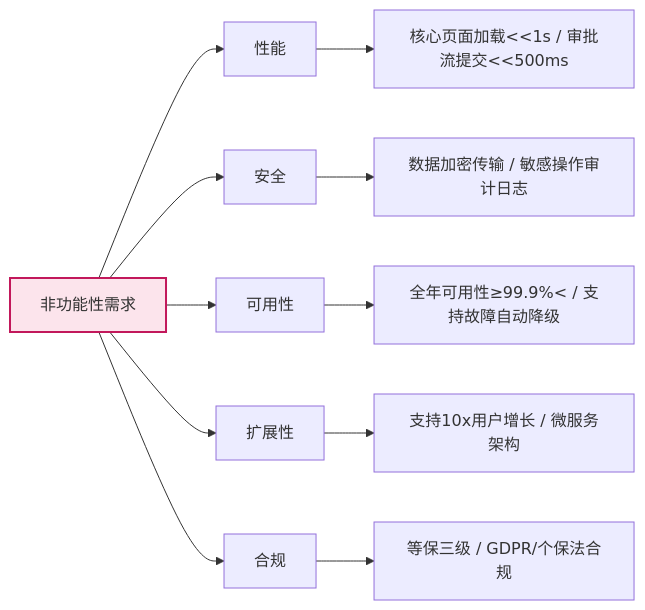
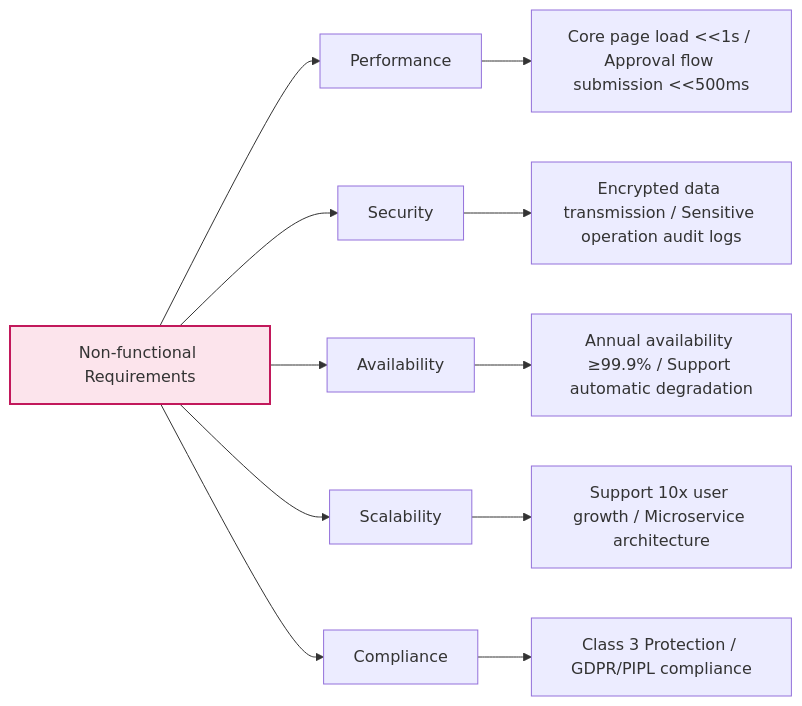
One commit to Kirky-X/cangjie changed the ninth of 17 diagrams in templates/产品/战略层/【模板】市场需求文档.md. Above: the diagram before and after it, drawn with Mermaid. The commit also changed other lines of this file and 60 other files, not shown here.

````diff
--- a/templates/产品/战略层/【模板】市场需求文档.md
+++ b/templates/产品/战略层/【模板】市场需求文档.md
@@ -498,16 +462,16 @@
 ```mermaid
 graph LR
-    A[非功能性需求] --> B[性能]
-    A --> C[安全]
-    A --> D[可用性]
-    A --> E[扩展性]
-    A --> F[合规]
+    A[Non-functional Requirements] --> B[Performance]
+    A --> C[Security]
+    A --> D[Availability]
+    A --> E[Scalability]
+    A --> F[Compliance]
 
-    B --> B1[核心页面加载<<1s / 审批流提交<<500ms]
-    C --> C1[数据加密传输 / 敏感操作审计日志]
-    D --> D1[全年可用性≥99.9%< / 支持故障自动降级]
-    E --> E1[支持10x用户增长 / 微服务架构]
-    F --> F1[等保三级 / GDPR/个保法合规]
+    B --> B1[Core page load <<1s / Approval flow submission <<500ms]
+    C --> C1[Encrypted data transmission / Sensitive operation audit logs]
+    D --> D1[Annual availability ≥99.9% / Support automatic degradation]
+    E --> E1[Support 10x user growth / Microservice architecture]
+    F --> F1[Class 3 Protection / GDPR/PIPL compliance]
 
     style A fill:#fce4ec,stroke:#c2185b,stroke-width:2px
 ```
````
